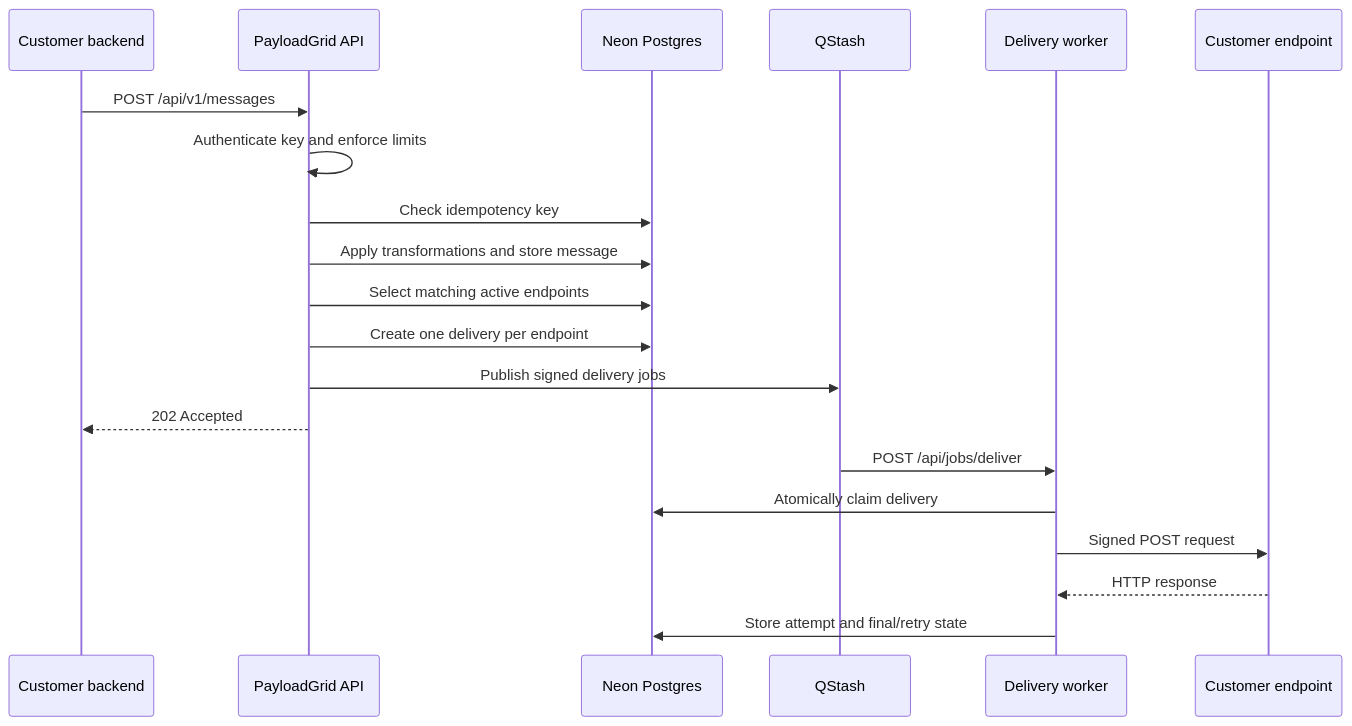
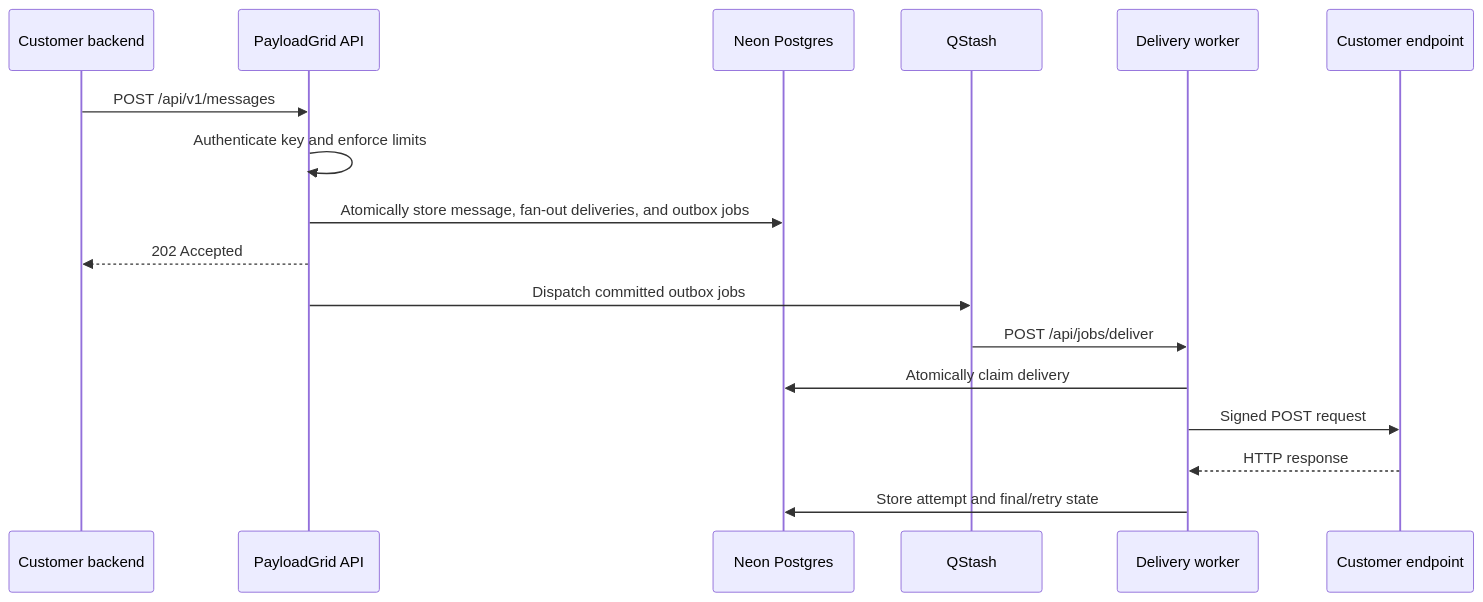
Before and after one commit to jaybhinsara/payloadgrid: the second of 4 diagrams in app/docs/PLATFORM_GUIDE.md, drawn with Mermaid. The commit also changed other lines of this file and 66 other files, not shown here.

````diff
--- a/app/docs/PLATFORM_GUIDE.md
+++ b/app/docs/PLATFORM_GUIDE.md
@@ -263,23 +264,20 @@
 ```mermaid
 sequenceDiagram
     participant Producer as Customer backend
     participant API as PayloadGrid API
     participant DB as Neon Postgres
     participant Queue as QStash
     participant Worker as Delivery worker
     participant Destination as Customer endpoint
 
     Producer->>API: POST /api/v1/messages
     API->>API: Authenticate key and enforce limits
-    API->>DB: Check idempotency key
-    API->>DB: Apply transformations and store message
-    API->>DB: Select matching active endpoints
-    API->>DB: Create one delivery per endpoint
-    API->>Queue: Publish signed delivery jobs
+    API->>DB: Atomically store message, fan-out deliveries, and outbox jobs
     API-->>Producer: 202 Accepted
+    API->>Queue: Dispatch committed outbox jobs
     Queue->>Worker: POST /api/jobs/deliver
     Worker->>DB: Atomically claim delivery
     Worker->>Destination: Signed POST request
     Destination-->>Worker: HTTP response
     Worker->>DB: Store attempt and final/retry state
 ```
````
